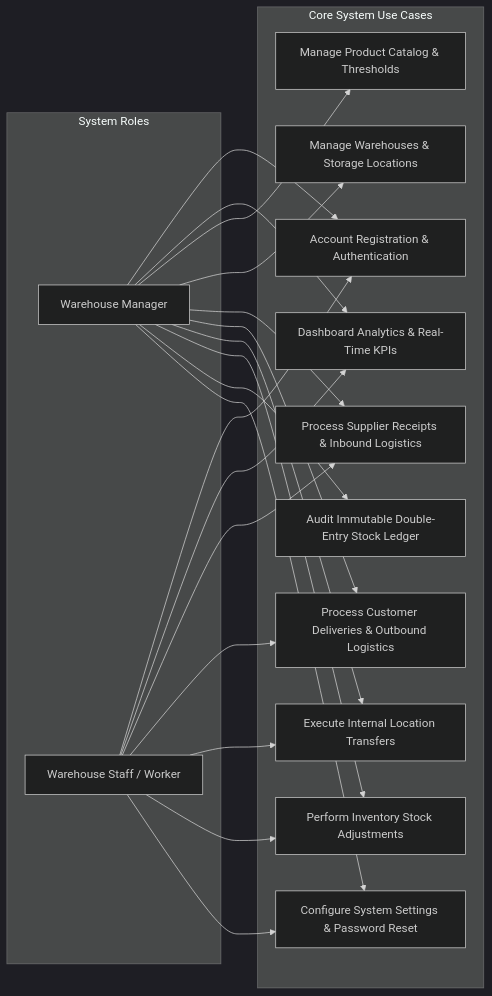
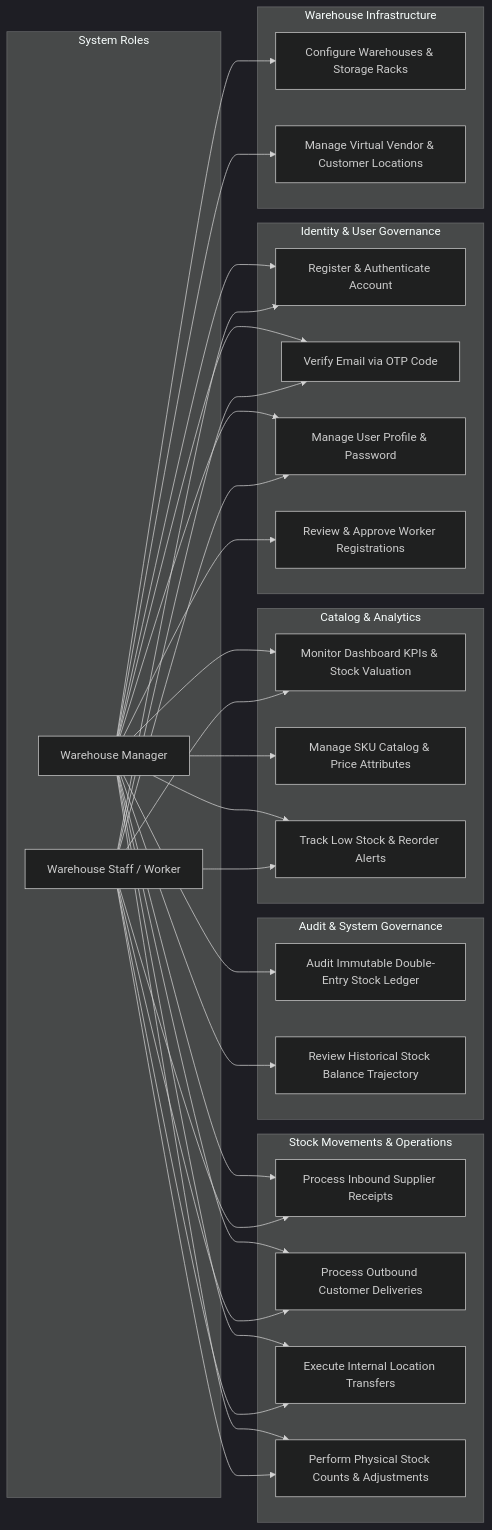
One commit to knoxiboy/StockSense changed the second of 2 diagrams in README.md. Above: the diagram before and after it, drawn with Mermaid (dark theme). The commit also changed other lines of this file, not shown here.

Commit message:
Expand and enhance Use Case diagram in README.md

````diff
--- a/README.md
+++ b/README.md
@@ -100,39 +100,63 @@
 ```mermaid
 graph LR
-    subgraph System_Roles["System Roles"]
+    subgraph Roles["System Roles"]
         Manager["Warehouse Manager"]
         Worker["Warehouse Staff / Worker"]
     end
 
-    subgraph Core_Use_Cases["Core System Use Cases"]
-        UC1["Account Registration & Authentication"]
-        UC2["Dashboard Analytics & Real-Time KPIs"]
-        UC3["Manage Product Catalog & Thresholds"]
-        UC4["Manage Warehouses & Storage Locations"]
-        UC5["Process Supplier Receipts & Inbound Logistics"]
-        UC6["Process Customer Deliveries & Outbound Logistics"]
-        UC7["Execute Internal Location Transfers"]
-        UC8["Perform Inventory Stock Adjustments"]
-        UC9["Audit Immutable Double-Entry Stock Ledger"]
-        UC10["Configure System Settings & Password Reset"]
+    subgraph Auth_UC["Identity & User Governance"]
+        UC_Auth1["Register & Authenticate Account"]
+        UC_Auth2["Verify Email via OTP Code"]
+        UC_Auth3["Manage User Profile & Password"]
+        UC_Auth4["Review & Approve Worker Registrations"]
     end
 
-    Worker --> UC1
-    Worker --> UC2
-    Worker --> UC5
-    Worker --> UC6
-    Worker --> UC7
-    Worker --> UC8
-    Worker --> UC10
+    subgraph Inventory_UC["Catalog & Analytics"]
+        UC_Inv1["Monitor Dashboard KPIs & Stock Valuation"]
+        UC_Inv2["Manage SKU Catalog & Price Attributes"]
+        UC_Inv3["Track Low Stock & Reorder Alerts"]
+    end
 
-    Manager --> UC1
-    Manager --> UC2
-    Manager --> UC3
-    Manager --> UC4
-    Manager --> UC5
-    Manager --> UC6
-    Manager --> UC7
-    Manager --> UC8
-    Manager --> UC9
-    Manager --> UC10
+    subgraph Warehouse_UC["Warehouse Infrastructure"]
+        UC_Wh1["Configure Warehouses & Storage Racks"]
+        UC_Wh2["Manage Virtual Vendor & Customer Locations"]
+    end
+
+    subgraph Logistics_UC["Stock Movements & Operations"]
+        UC_Op1["Process Inbound Supplier Receipts"]
+        UC_Op2["Process Outbound Customer Deliveries"]
+        UC_Op3["Execute Internal Location Transfers"]
+        UC_Op4["Perform Physical Stock Counts & Adjustments"]
+    end
+
+    subgraph Audit_UC["Audit & System Governance"]
+        UC_Audit1["Audit Immutable Double-Entry Stock Ledger"]
+        UC_Audit2["Review Historical Stock Balance Trajectory"]
+    end
+
+    Worker --> UC_Auth1
+    Worker --> UC_Auth2
+    Worker --> UC_Auth3
+    Worker --> UC_Inv1
+    Worker --> UC_Inv3
+    Worker --> UC_Op1
+    Worker --> UC_Op2
+    Worker --> UC_Op3
+    Worker --> UC_Op4
+
+    Manager --> UC_Auth1
+    Manager --> UC_Auth2
+    Manager --> UC_Auth3
+    Manager --> UC_Auth4
+    Manager --> UC_Inv1
+    Manager --> UC_Inv2
+    Manager --> UC_Inv3
+    Manager --> UC_Wh1
+    Manager --> UC_Wh2
+    Manager --> UC_Op1
+    Manager --> UC_Op2
+    Manager --> UC_Op3
+    Manager --> UC_Op4
+    Manager --> UC_Audit1
+    Manager --> UC_Audit2
 ```
````
